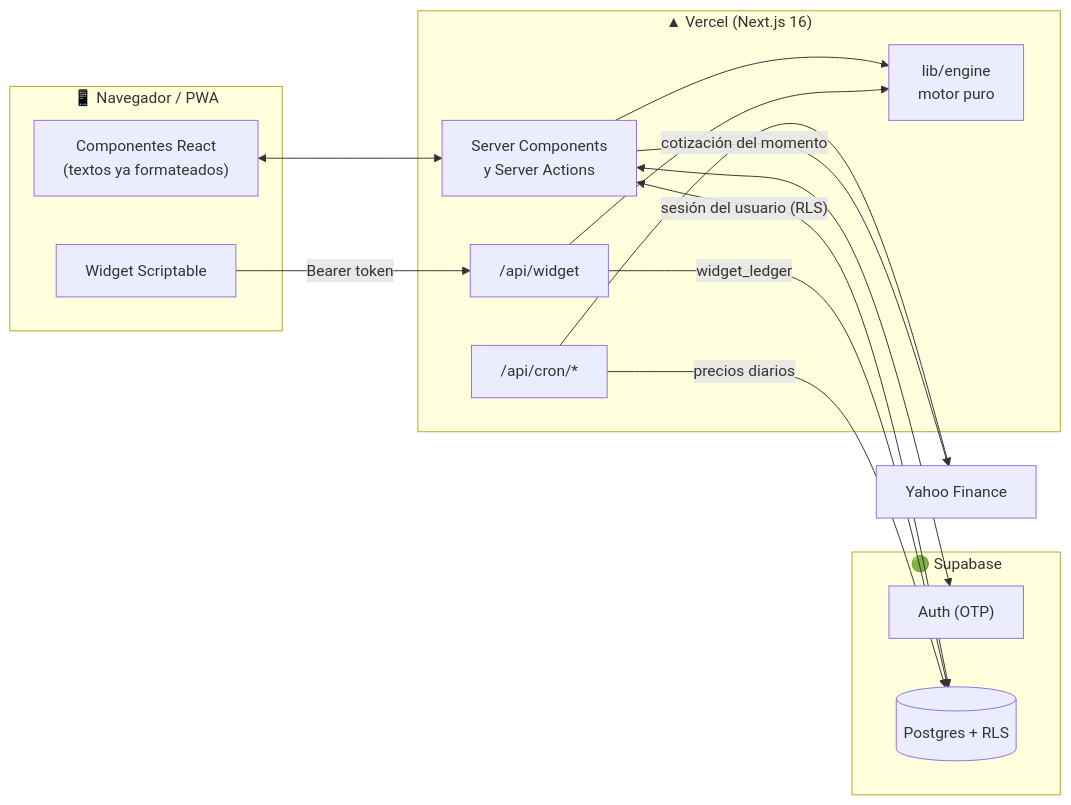
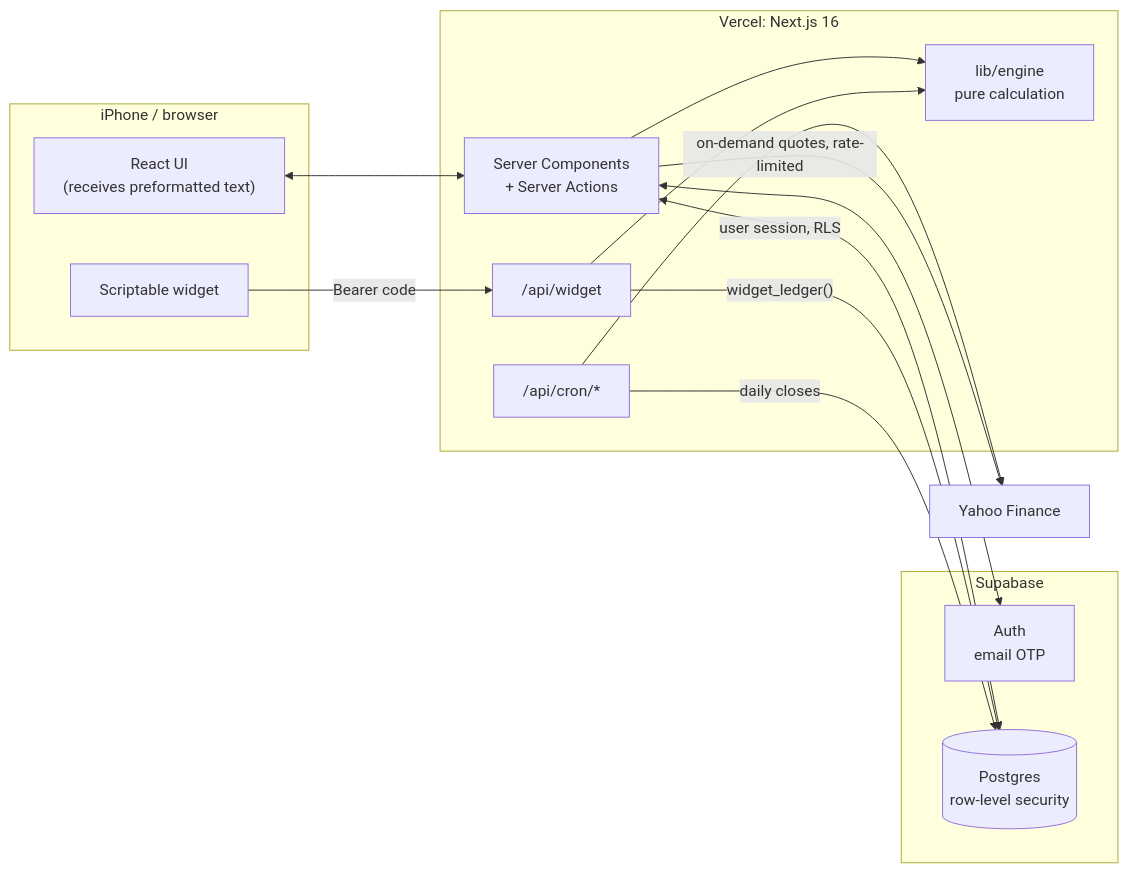
One commit to felisan99/finance-platform changed the diagram in README.md. Above: the diagram before and after it, drawn with Mermaid. The commit also changed other lines of this file and 16 other files, not shown here.

````diff
--- a/README.md
+++ b/README.md
@@ -86,32 +127,32 @@
 ```mermaid
 flowchart LR
-    subgraph Cliente["📱 Navegador / PWA"]
-        UI["Componentes React<br/>(textos ya formateados)"]
-        W["Widget Scriptable"]
+    subgraph Phone["iPhone / browser"]
+        UI["React UI<br/>(receives preformatted text)"]
+        W["Scriptable widget"]
     end
 
-    subgraph Vercel["▲ Vercel (Next.js 16)"]
-        RSC["Server Components<br/>y Server Actions"]
+    subgraph Vercel["Vercel: Next.js 16"]
+        RSC["Server Components<br/>+ Server Actions"]
         API["/api/widget"]
         CRON["/api/cron/*"]
-        ENG["lib/engine<br/>motor puro"]
+        ENG["lib/engine<br/>pure calculation"]
     end
 
-    subgraph Supabase["🟢 Supabase"]
-        AUTH["Auth (OTP)"]
-        DB[("Postgres + RLS")]
+    subgraph Supabase
+        AUTH["Auth<br/>email OTP"]
+        DB[("Postgres<br/>row-level security")]
     end
 
     Y["Yahoo Finance"]
 
     UI <--> RSC
-    W -- "Bearer token" --> API
+    W -- "Bearer code" --> API
     RSC --> ENG
     API --> ENG
     RSC <--> AUTH
-    RSC <-- "sesión del usuario (RLS)" --> DB
-    API -- "widget_ledger" --> DB
-    CRON -- "precios diarios" --> DB
+    RSC <-- "user session, RLS" --> DB
+    API -- "widget_ledger()" --> DB
+    CRON -- "daily closes" --> DB
     CRON --> Y
-    RSC -- "cotización del momento" --> Y
+    RSC -- "on-demand quotes, rate-limited" --> Y
 ```
````
